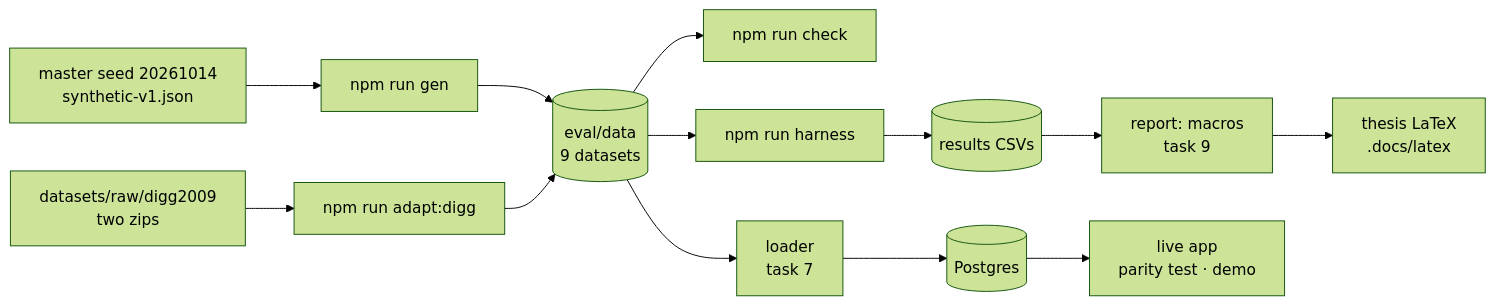
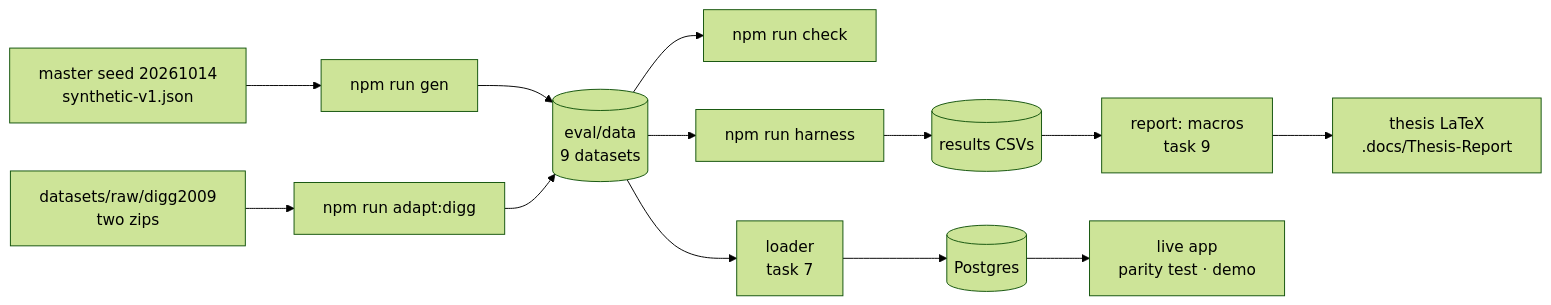
The fourth of 4 diagrams in docs/System_Architecture.md (CaoNgocAnhTuan/Breadit), drawn with Mermaid (forest theme) before and after one commit. The commit also changed other lines of this file and 31 other files, not shown here.

First line of the commit message:
docs: thesis LaTeX project in .docs/Thesis-Report (school format)

````diff
--- a/docs/System_Architecture.md
+++ b/docs/System_Architecture.md
@@ -340,15 +340,15 @@
 ```mermaid
 flowchart LR
     Seed["master seed 20261014<br/>synthetic-v1.json"] --> Gen["npm run gen"]
     Zips["datasets/raw/digg2009<br/>two zips"] --> Adapt["npm run adapt:digg"]
     Gen --> CSV[("eval/data<br/>9 datasets")]
     Adapt --> CSV
     CSV --> Check["npm run check"]
     CSV --> Harness["npm run harness"]
     Harness --> Res[("results CSVs")]
     Res --> Report["report: macros<br/>task 9"]
-    Report --> Thesis["thesis LaTeX<br/>.docs/latex"]
+    Report --> Thesis["thesis LaTeX<br/>.docs/Thesis-Report"]
     CSV --> Loader["loader<br/>task 7"]
     Loader --> PG[("Postgres")]
     PG --> App["live app<br/>parity test · demo"]
 ```
````
